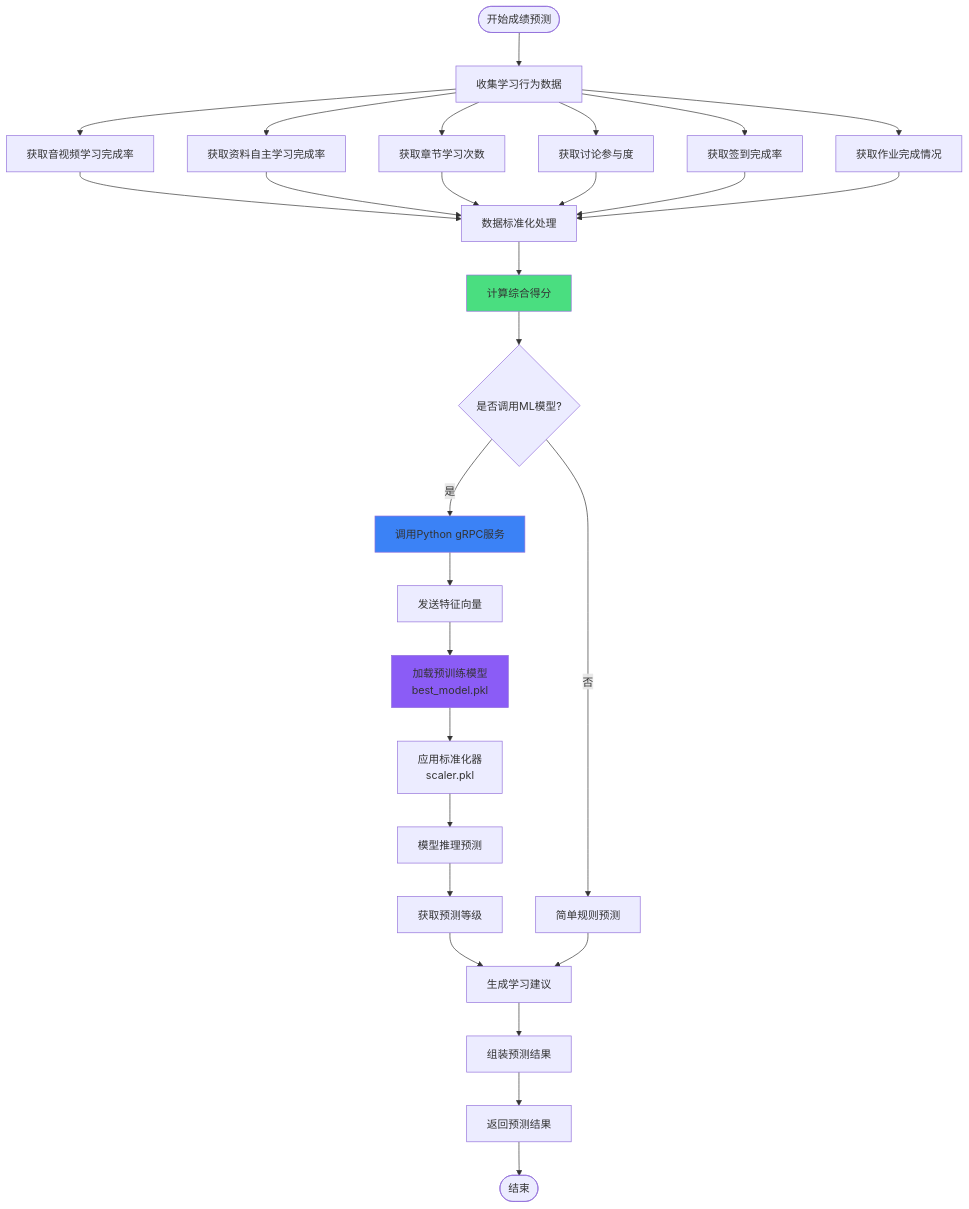
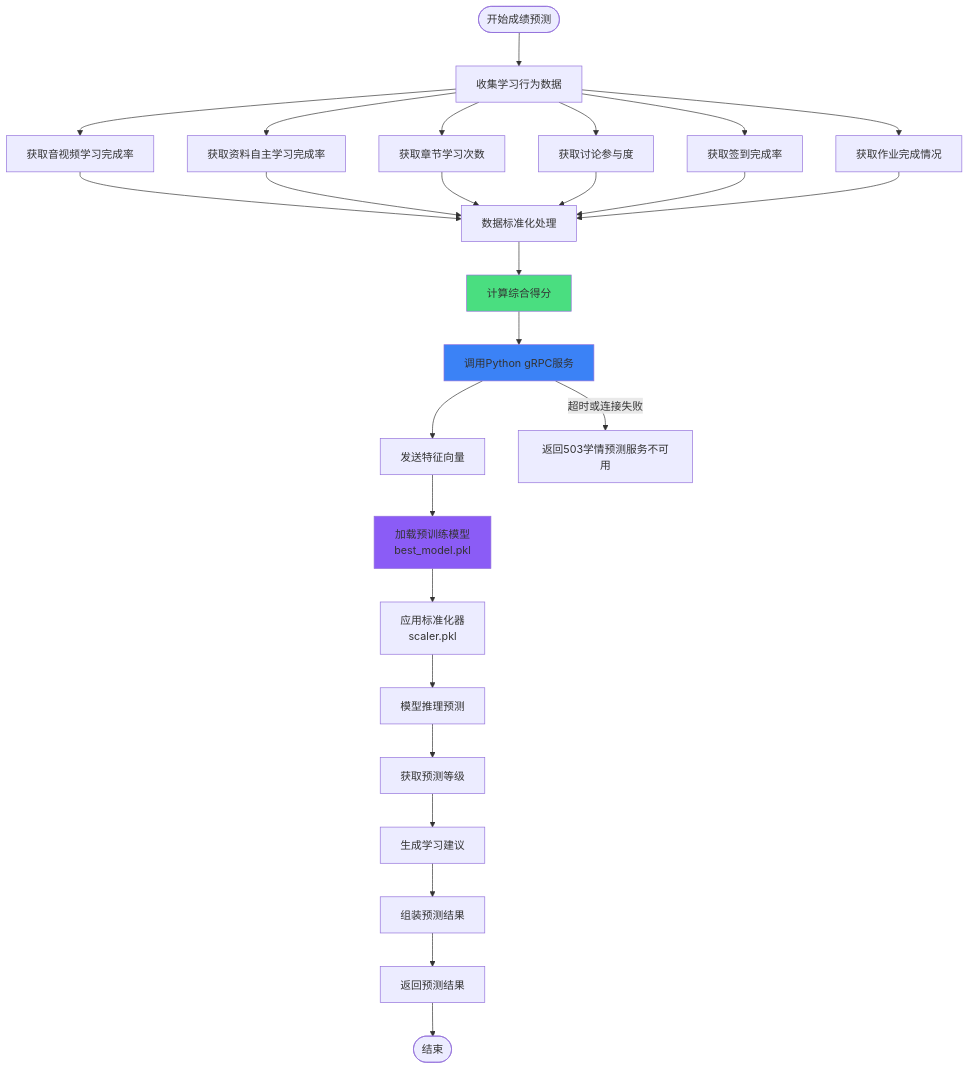
One commit to 0ranan/bishe changed the second of 6 diagrams in doc/mermaid/learning-diagnosis.md. Above: the diagram before and after it, drawn with Mermaid. The commit also changed other lines of this file and 21 other files, not shown here.

````diff
--- a/doc/mermaid/learning-diagnosis.md
+++ b/doc/mermaid/learning-diagnosis.md
@@ -77,44 +78,41 @@
 ```mermaid
 flowchart TD
     Start([开始成绩预测])-->CollectData[收集学习行为数据]
     
     CollectData-->GetVideo[获取音视频学习完成率]
     CollectData-->GetMaterial[获取资料自主学习完成率]
     CollectData-->GetChapter[获取章节学习次数]
     CollectData-->GetDiscussion[获取讨论参与度]
     CollectData-->GetAttendance[获取签到完成率]
     CollectData-->GetAssignment[获取作业完成情况]
     
     GetVideo-->NormalizeData[数据标准化处理]
     GetMaterial-->NormalizeData
     GetChapter-->NormalizeData
     GetDiscussion-->NormalizeData
     GetAttendance-->NormalizeData
     GetAssignment-->NormalizeData
     
     NormalizeData-->CalcScore[计算综合得分]
     
-    CalcScore-->CheckModel{是否调用ML模型?}
-    
-    CheckModel-->|是|CallGRPC[调用Python gRPC服务]
+    CalcScore-->CallGRPC[调用Python gRPC服务]
     CallGRPC-->SendFeatures[发送特征向量]
     SendFeatures-->LoadModel[加载预训练模型<br/>best_model.pkl]
     LoadModel-->ApplyScaler[应用标准化器<br/>scaler.pkl]
     ApplyScaler-->Inference[模型推理预测]
     Inference-->GetPrediction[获取预测等级]
     
-    CheckModel-->|否|SimplePredict[简单规则预测]
+    CallGRPC-->|超时或连接失败|Fail503[返回503学情预测服务不可用]
     
     GetPrediction-->GenerateSuggestions[生成学习建议]
-    SimplePredict-->GenerateSuggestions
     
     GenerateSuggestions-->AssembleResult[组装预测结果]
     
     AssembleResult-->ReturnResult[返回预测结果]
     
     ReturnResult-->End([结束])
     
     style CalcScore fill:#4ade80
     style CallGRPC fill:#3b82f6
     style LoadModel fill:#8b5cf6
 ```
````
